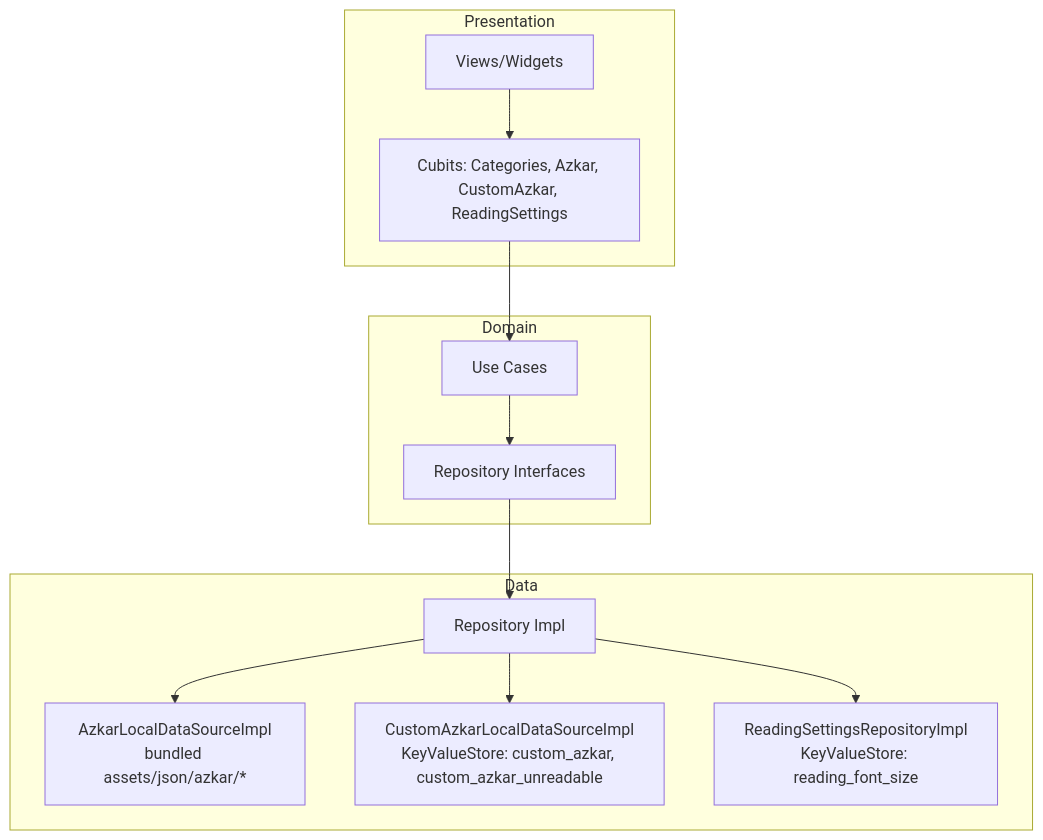
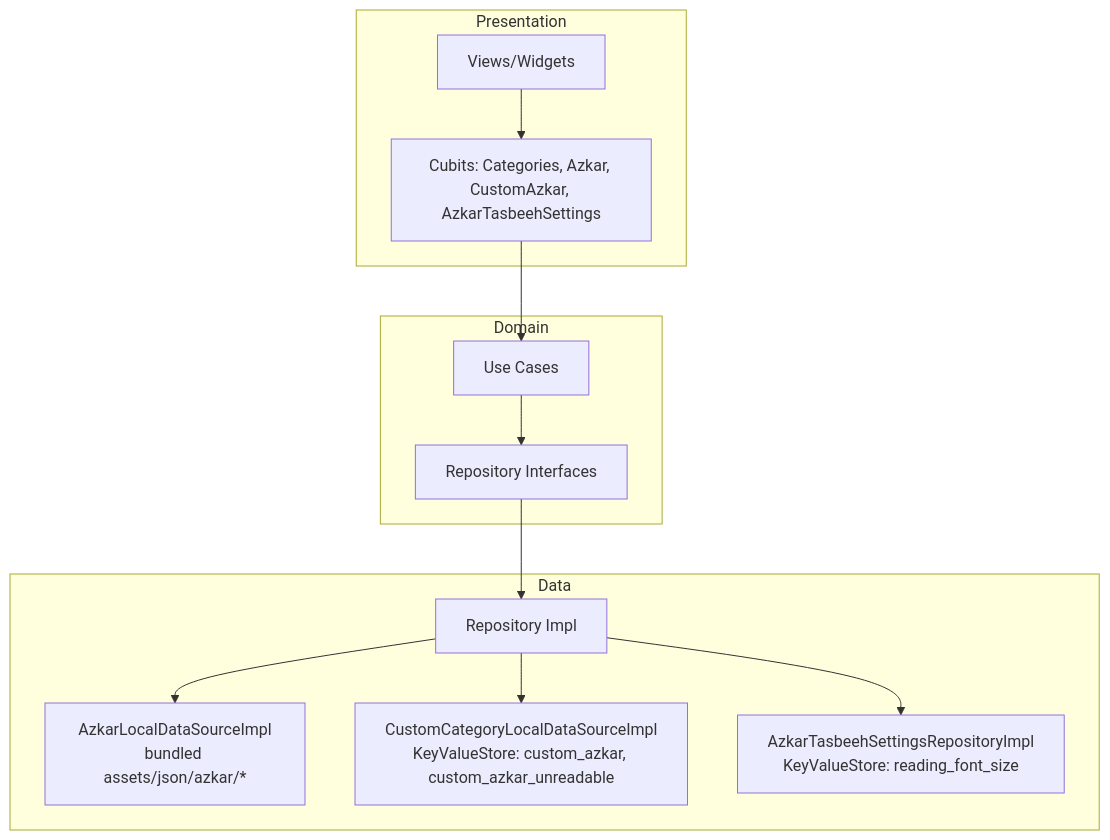
The first of 2 diagrams in docs/features/azkar/README.md (Korya0/Sana), drawn with Mermaid before and after one commit. The commit also changed other lines of this file and 174 other files, not shown here.

First line of the commit message:
feat(azkar): overhaul settings management and data architecture

````diff
--- a/docs/features/azkar/README.md
+++ b/docs/features/azkar/README.md
@@ -31,15 +31,15 @@
 ```mermaid
 flowchart TB
   subgraph Presentation
-    V[Views/Widgets] --> C[Cubits: Categories, Azkar, CustomAzkar, ReadingSettings]
+    V[Views/Widgets] --> C[Cubits: Categories, Azkar, CustomAzkar, AzkarTasbeehSettings]
   end
   subgraph Domain
     C --> UC[Use Cases] --> IR[Repository Interfaces]
   end
   subgraph Data
     IR --> RImpl[Repository Impl]
     RImpl --> ADS[AzkarLocalDataSourceImpl\nbundled assets/json/azkar/*]
-    RImpl --> CDS[CustomAzkarLocalDataSourceImpl\nKeyValueStore: custom_azkar, custom_azkar_unreadable]
-    RImpl --> RS[ReadingSettingsRepositoryImpl\nKeyValueStore: reading_font_size]
+    RImpl --> CDS[CustomCategoryLocalDataSourceImpl\nKeyValueStore: custom_azkar, custom_azkar_unreadable]
+    RImpl --> RS[AzkarTasbeehSettingsRepositoryImpl\nKeyValueStore: reading_font_size]
   end
 ```
````
